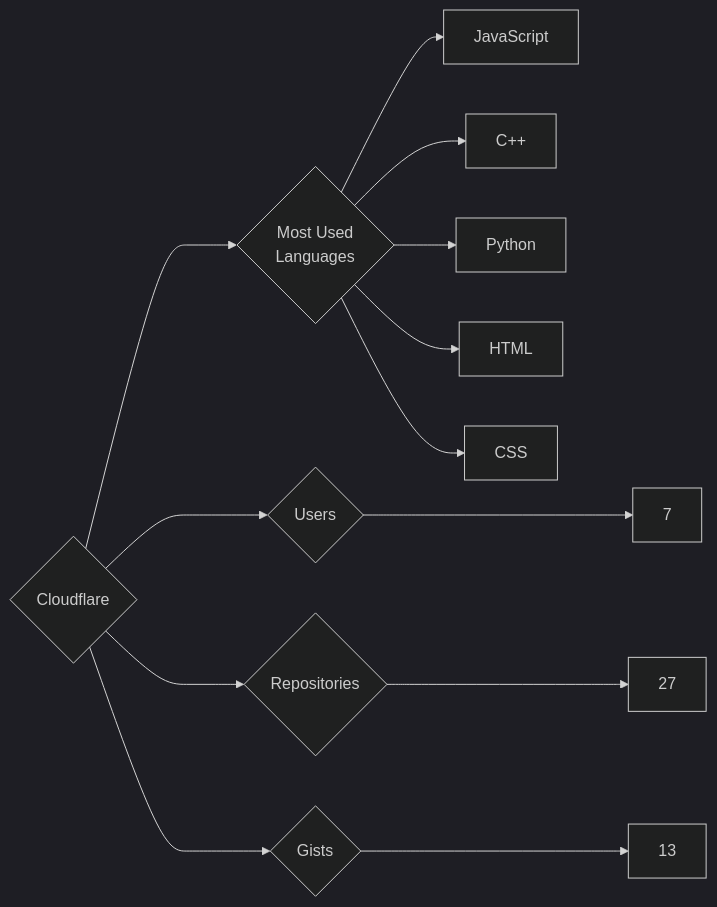
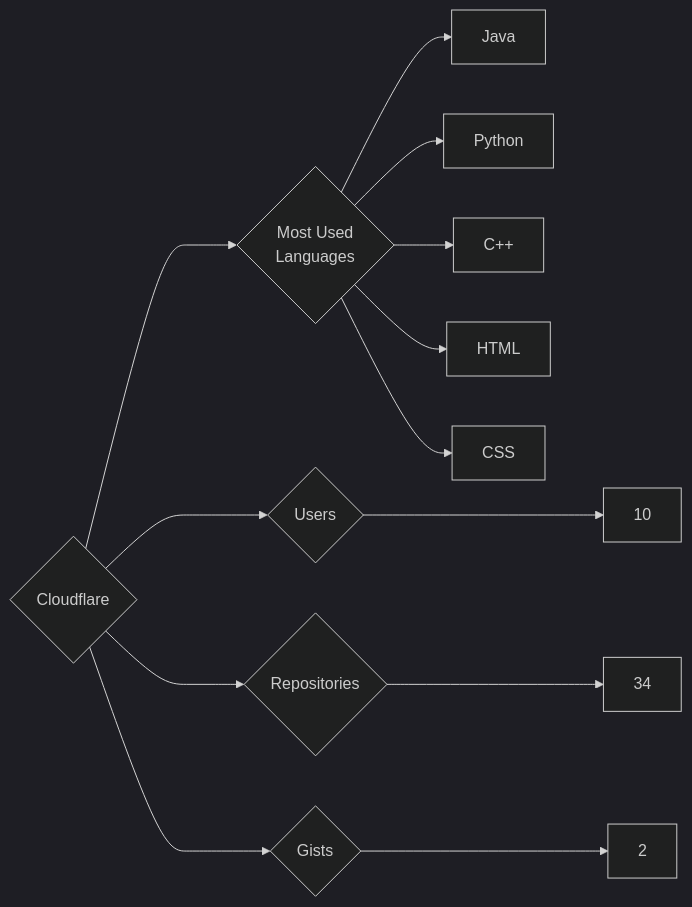
The diagram in targets/Cloudflare/README.md (trickest/insiders), drawn with Mermaid (dark theme) before and after one commit. The commit also changed 993 other files, not shown here.

````diff
--- a/targets/Cloudflare/README.md
+++ b/targets/Cloudflare/README.md
@@ -3,13 +3,13 @@
 ```mermaid
 graph LR
 COMPANY_NAME{Cloudflare}
-COMPANY_NAME ---> U{Users} ---> UN[7]
-COMPANY_NAME ---> R{Repositories} ---> RN[27]
-COMPANY_NAME ---> G{Gists} ---> GN[13]
+COMPANY_NAME ---> U{Users} ---> UN[10]
+COMPANY_NAME ---> R{Repositories} ---> RN[34]
+COMPANY_NAME ---> G{Gists} ---> GN[2]
 COMPANY_NAME ---> ML{Most Used<br>Languages}
-ML --> JavaScript[JavaScript]
+ML --> Java[Java]
+ML --> Python[Python]
 ML --> C++[C++]
-ML --> Python[Python]
 ML --> HTML[HTML]
 ML --> CSS[CSS]
 ```
````
